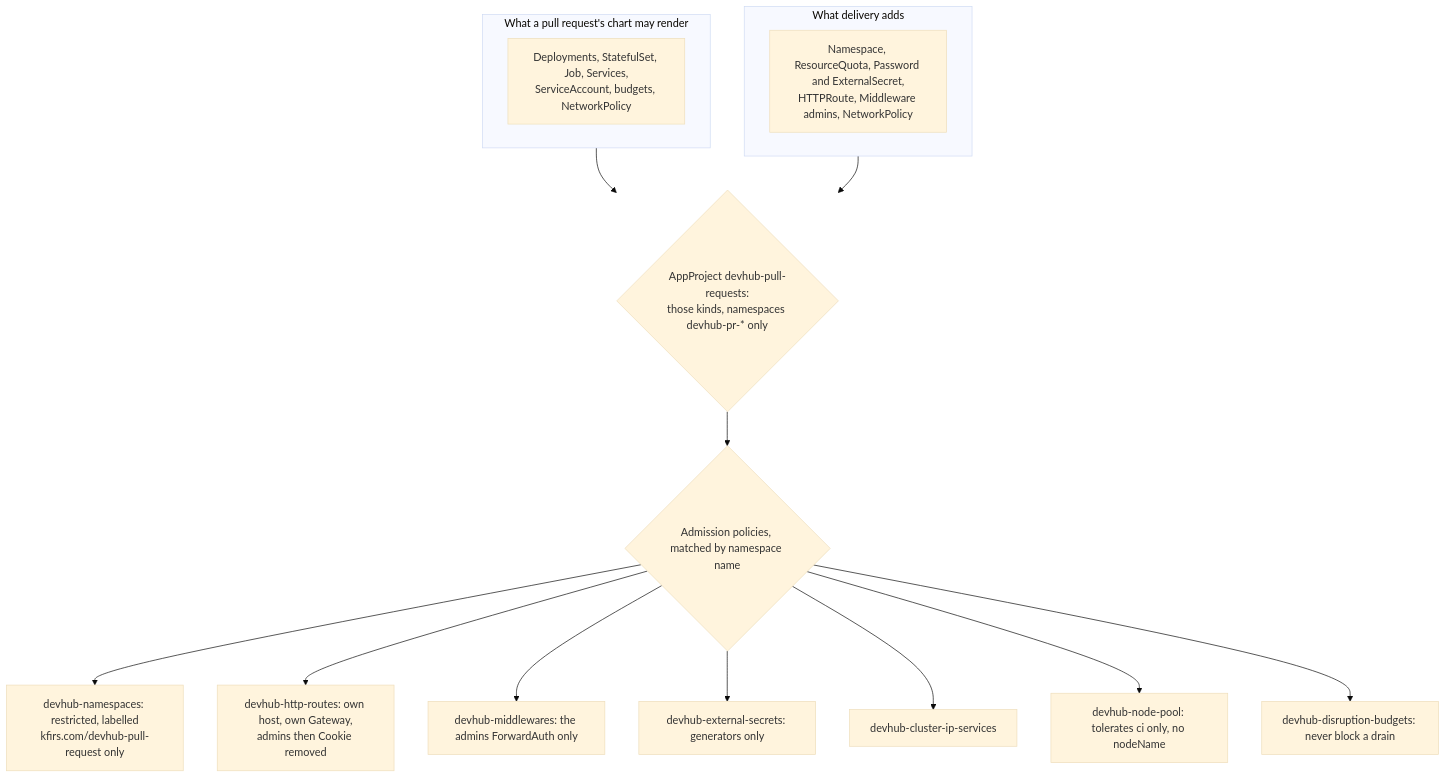
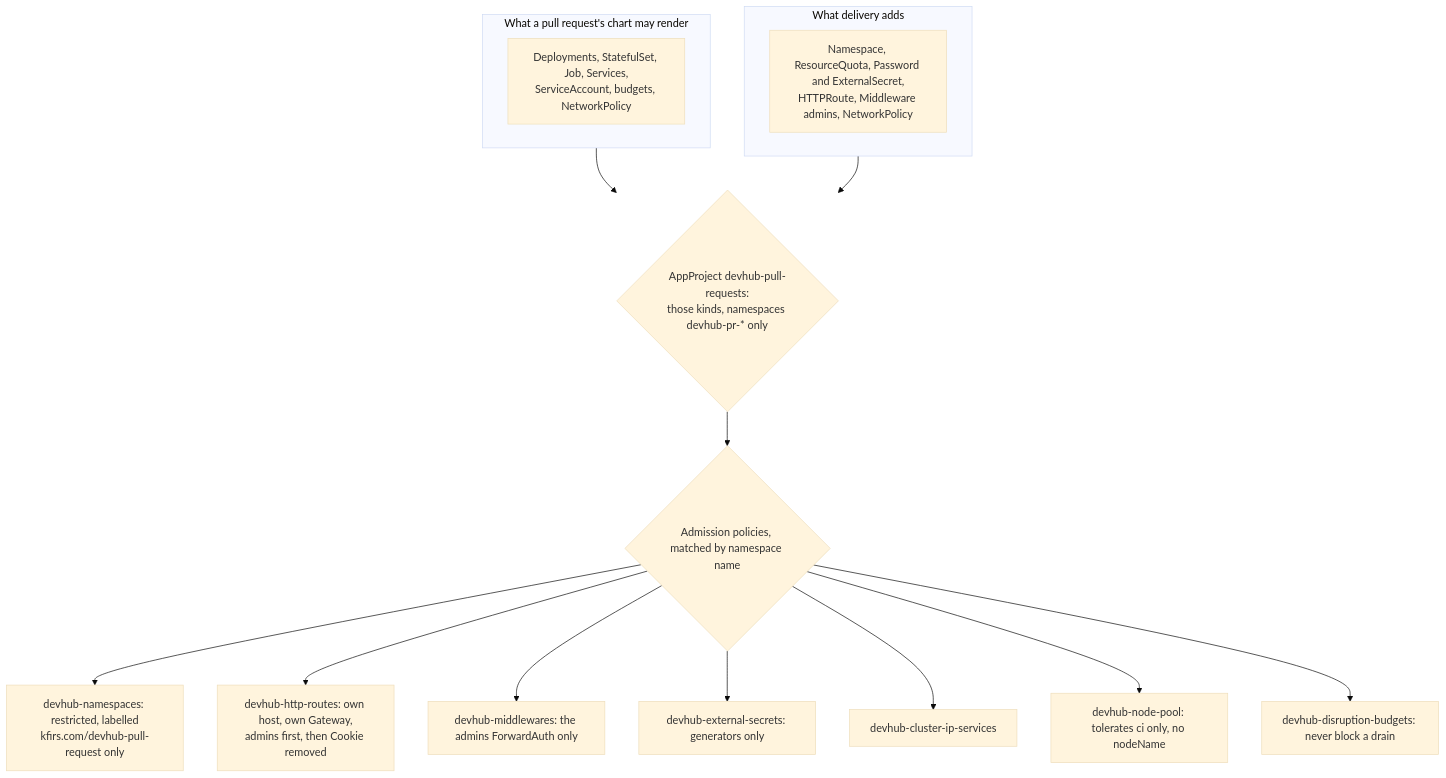
Before and after one commit to arikkfir-org/delivery: the fourth of 4 diagrams in docs/delivery/designs/devhub-previews.md, drawn with Mermaid (base theme). The commit also changed other lines of this file and 5 other files, not shown here.

````diff
--- a/docs/delivery/designs/devhub-previews.md
+++ b/docs/delivery/designs/devhub-previews.md
@@ -74,19 +74,19 @@
 ```mermaid
 flowchart TB
   subgraph code["What a pull request's chart may render"]
     K1["Deployments, StatefulSet, Job, Services,<br/>ServiceAccount, budgets, NetworkPolicy"]
   end
   subgraph hub["What delivery adds"]
     K2["Namespace, ResourceQuota, Password and ExternalSecret,<br/>HTTPRoute, Middleware admins, NetworkPolicy"]
   end
   code --> Proj{"AppProject devhub-pull-requests:<br/>those kinds, namespaces devhub-pr-* only"}
   hub --> Proj
   Proj --> Pol{"Admission policies, matched by namespace name"}
   Pol --> P1["devhub-namespaces: restricted, labelled<br/>kfirs.com/devhub-pull-request only"]
-  Pol --> P2["devhub-http-routes: own host, own Gateway,<br/>admins then Cookie removed"]
+  Pol --> P2["devhub-http-routes: own host, own Gateway,<br/>admins first, then Cookie removed"]
   Pol --> P3["devhub-middlewares: the admins ForwardAuth only"]
   Pol --> P4["devhub-external-secrets: generators only"]
   Pol --> P5["devhub-cluster-ip-services"]
   Pol --> P6["devhub-node-pool: tolerates ci only, no nodeName"]
   Pol --> P7["devhub-disruption-budgets: never block a drain"]
 ```
````
